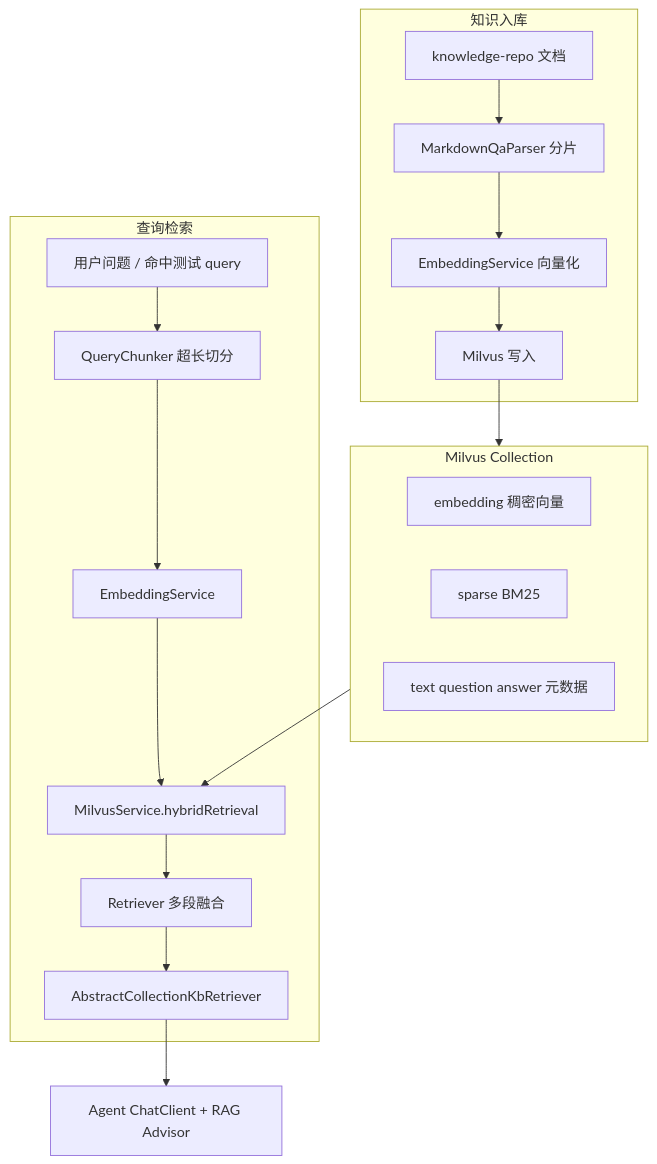
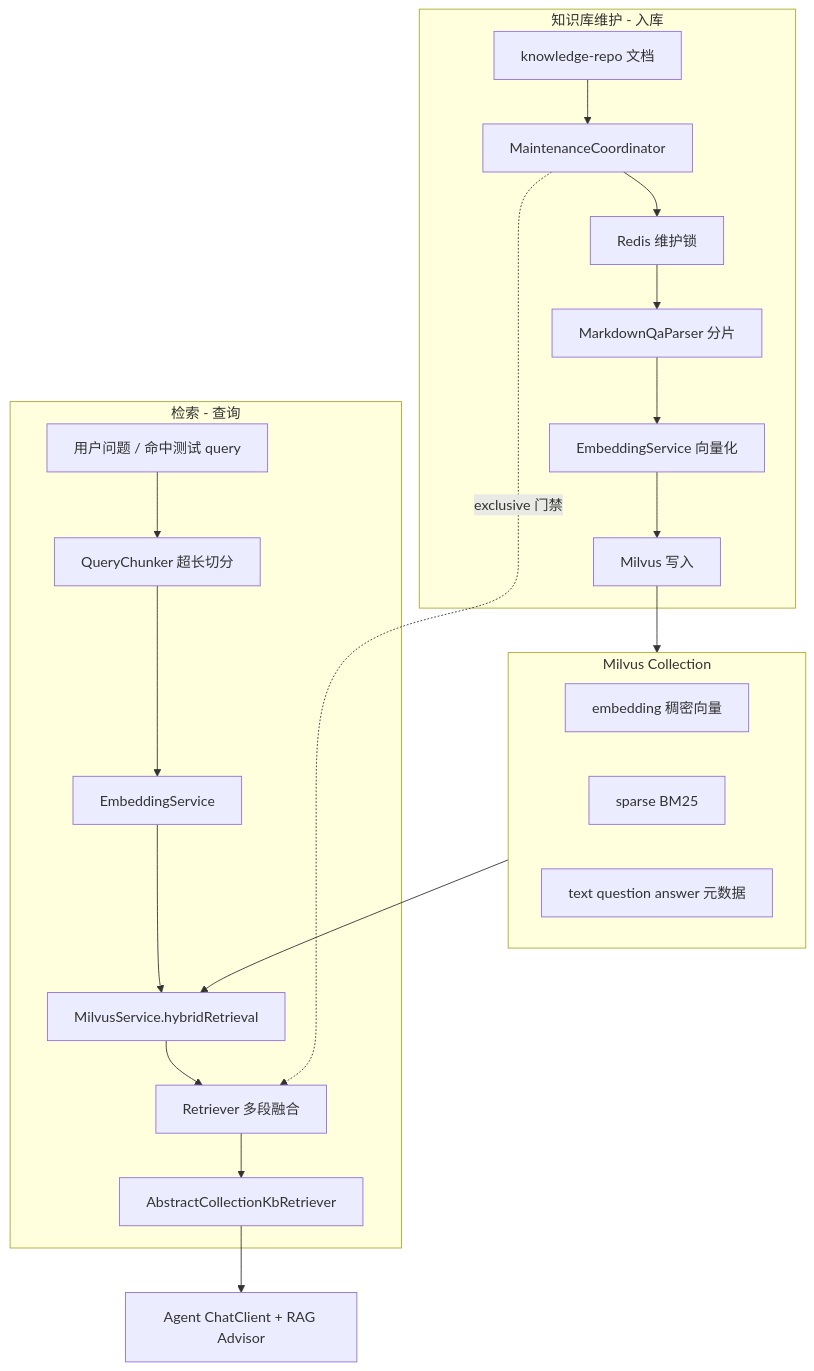
The diagram in 平台/RAG机制/README.md (j2agent-ai/j2agent-docs), drawn with Mermaid before and after one commit. The commit also changed other lines of this file and 5 other files, not shown here.

````diff
--- a/平台/RAG机制/README.md
+++ b/平台/RAG机制/README.md
@@ -7,27 +7,30 @@
 ```mermaid
 flowchart TB
-    subgraph ingest [知识入库]
+    subgraph ingest [知识库维护 - 入库]
         Repo[knowledge-repo 文档]
+        Coord[MaintenanceCoordinator]
+        RedisLock[Redis 维护锁]
         Parser[MarkdownQaParser 分片]
         EmbedIn[EmbeddingService 向量化]
         MilvusWrite[Milvus 写入]
-        Repo --> Parser --> EmbedIn --> MilvusWrite
+        Repo --> Coord --> RedisLock --> Parser --> EmbedIn --> MilvusWrite
     end
     subgraph store [Milvus Collection]
         Dense[embedding 稠密向量]
         Sparse[sparse BM25]
         Meta[text question answer 元数据]
     end
     MilvusWrite --> store
-    subgraph query [查询检索]
+    subgraph query [检索 - 查询]
         UserQ[用户问题 / 命中测试 query]
         Chunker[QueryChunker 超长切分]
         EmbedQ[EmbeddingService]
         Hybrid[MilvusService.hybridRetrieval]
         Fuse[Retriever 多段融合]
         Agent[AbstractCollectionKbRetriever]
         UserQ --> Chunker --> EmbedQ --> Hybrid --> Fuse --> Agent
     end
     store --> Hybrid
     Agent --> LLM[Agent ChatClient + RAG Advisor]
+    Coord -. exclusive 门禁 .-> Fuse
 ```
````
